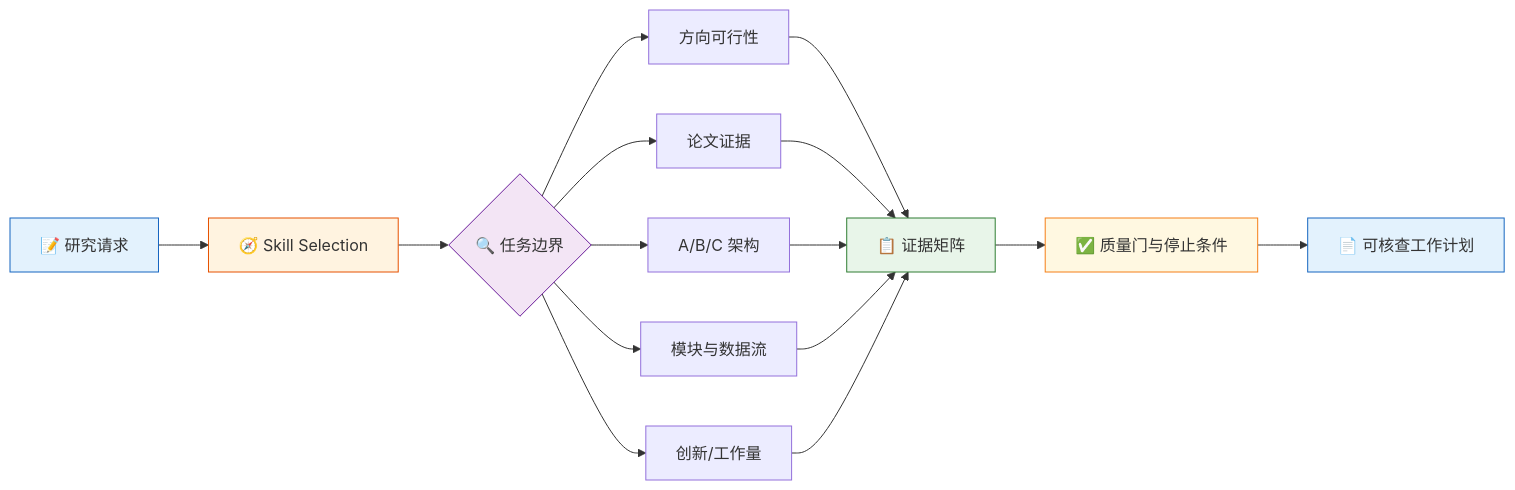
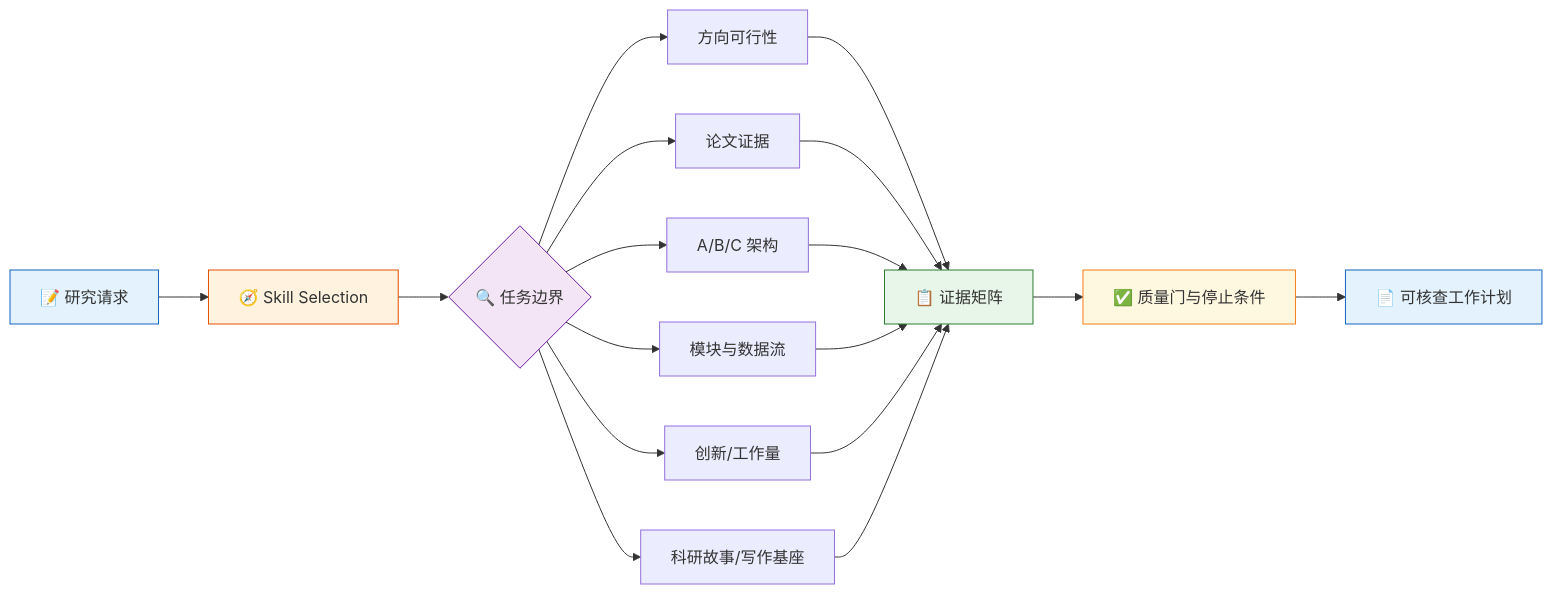
The diagram in README.md (liang1228/academic-stitcher-skill), drawn with Mermaid before and after one commit. The commit also changed other lines of this file and 43 other files, not shown here.

````diff
--- a/README.md
+++ b/README.md
@@ -16,20 +16,21 @@
 ```mermaid
 flowchart LR
     A["📝 研究请求"] --> B["🧭 Skill Selection"]
     B --> C{"🔍 任务边界"}
     C --> D["方向可行性"]
     C --> E["论文证据"]
     C --> F["A/B/C 架构"]
     C --> G["模块与数据流"]
     C --> H["创新/工作量"]
-    D & E & F & G & H --> I["📋 证据矩阵"]
+    C --> S["科研故事/写作基座"]
+    D & E & F & G & H & S --> I["📋 证据矩阵"]
     I --> J["✅ 质量门与停止条件"]
     J --> K["📄 可核查工作计划"]
 
     style A fill:#e3f2fd,stroke:#1565c0
     style B fill:#fff3e0,stroke:#e65100
     style C fill:#f3e5f5,stroke:#6a1b9a
     style I fill:#e8f5e9,stroke:#2e7d32
     style J fill:#fff8e1,stroke:#f57f17
     style K fill:#e3f2fd,stroke:#1565c0
 ```
````
